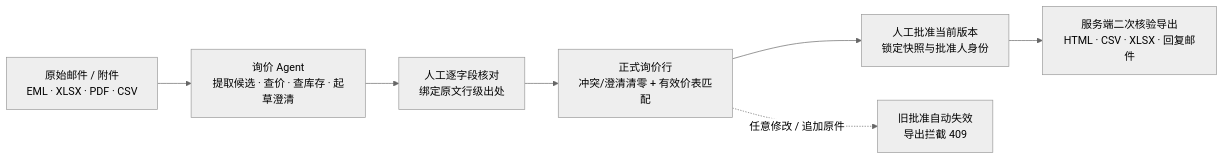
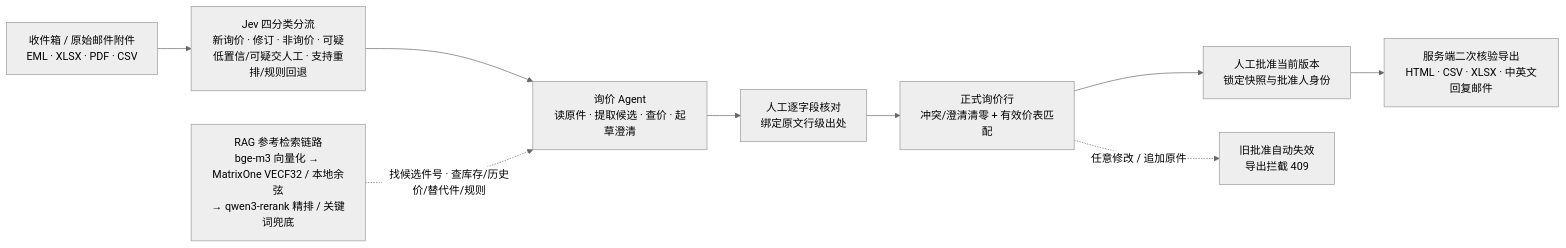
The diagram in README.md (1Beyond1/rfq-desk), drawn with Mermaid (neutral theme) before and after one commit. The commit also changed other lines of this file and 5 other files, not shown here.

Commit message:
docs(readme): 更新通用定位、补全 Jev 分流与 RAG 检索流程并刷新界面截图

````diff
--- a/README.md
+++ b/README.md
@@ -46,9 +52,11 @@
 ```mermaid
 flowchart LR
-    A[原始邮件 / 附件<br/>EML · XLSX · PDF · CSV] --> B[询价 Agent<br/>提取候选 · 查价 · 查库存 · 起草澄清]
-    B --> C[人工逐字段核对<br/>绑定原文行级出处]
-    C --> D[正式询价行<br/>冲突/澄清清零 + 有效价表匹配]
-    D --> E[人工批准当前版本<br/>锁定快照与批准人身份]
-    E --> F[服务端二次核验导出<br/>HTML · CSV · XLSX · 回复邮件]
-    D -. 任意修改 / 追加原件 .-> G[旧批准自动失效<br/>导出拦截 409]
+    Inbox["收件箱 / 原始邮件附件<br/>EML · XLSX · PDF · CSV"] --> Triage["Jev 四分类分流<br/>新询价 · 修订 · 非询价 · 可疑<br/>低置信/可疑交人工 · 支持重排/规则回退"]
+    Triage --> Agent["询价 Agent<br/>读原件 · 提取候选 · 查价 · 起草澄清"]
+    RAG["RAG 参考检索链路<br/>bge-m3 向量化 → MatrixOne VECF32 / 本地余弦<br/>→ qwen3-rerank 精排 / 关键词兜底"] -. 找候选件号 · 查库存/历史价/替代件/规则 .-> Agent
+    Agent --> Review["人工逐字段核对<br/>绑定原文行级出处"]
+    Review --> Formal["正式询价行<br/>冲突/澄清清零 + 有效价表匹配"]
+    Formal --> Approve["人工批准当前版本<br/>锁定快照与批准人身份"]
+    Approve --> Export["服务端二次核验导出<br/>HTML · CSV · XLSX · 中英文回复邮件"]
+    Formal -. 任意修改 / 追加原件 .-> Invalidate["旧批准自动失效<br/>导出拦截 409"]
 ```
````
